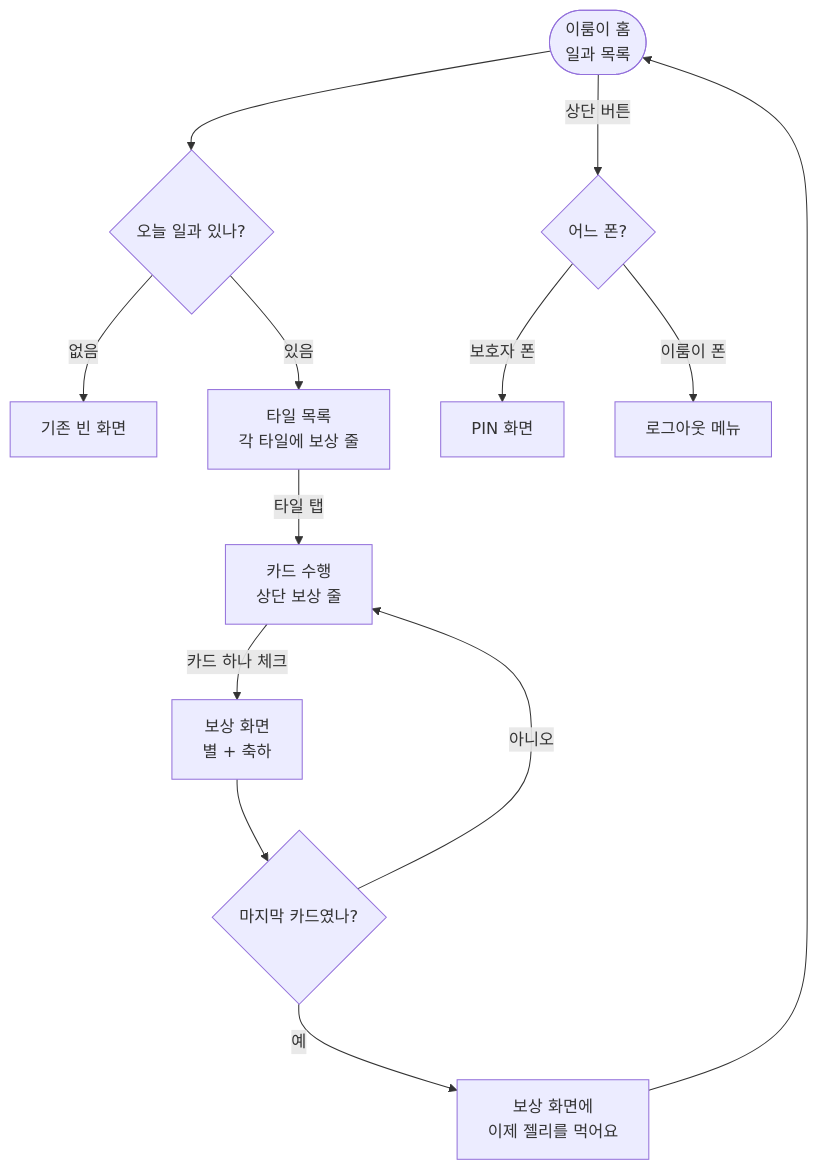
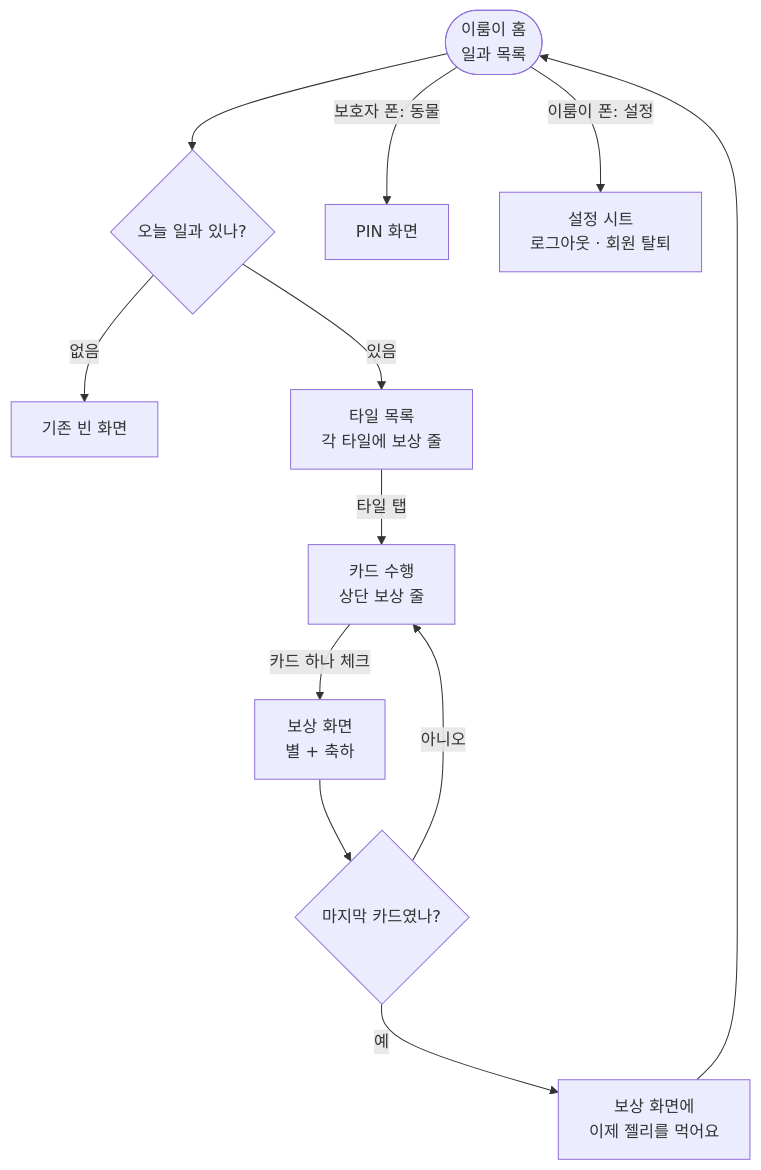
One commit to Twin-Fang/elum changed the third of 4 diagrams in docs/superpowers/specs/2026-09-18-화면-전체명세.md. Above: the diagram before and after it, drawn with Mermaid. The commit also changed other lines of this file, not shown here.

First line of the commit message:
이룸이 폰 : docs : 별 왼쪽에 설정 아이콘을 두고 보호자 쪽에 연결 끊기를 추가

````diff
--- a/docs/superpowers/specs/2026-09-18-화면-전체명세.md
+++ b/docs/superpowers/specs/2026-09-18-화면-전체명세.md
@@ -213,15 +213,14 @@
 ```mermaid
 flowchart TD
     A([이룸이 홈<br/>일과 목록]) --> B{오늘 일과 있나?}
     B -->|없음| C[기존 빈 화면]
     B -->|있음| D[타일 목록<br/>각 타일에 보상 줄]
     D -->|타일 탭| F[카드 수행<br/>상단 보상 줄]
-    A -->|상단 버튼| L{어느 폰?}
-    L -->|보호자 폰| M[PIN 화면]
-    L -->|이룸이 폰| N[로그아웃 메뉴]
+    A -->|보호자 폰: 동물| M[PIN 화면]
+    A -->|이룸이 폰: 설정| N[설정 시트<br/>로그아웃 · 회원 탈퇴]
     F -->|카드 하나 체크| H[보상 화면<br/>별 + 축하]
     H --> G{마지막 카드였나?}
     G -->|아니오| F
     G -->|예| I[보상 화면에<br/>이제 젤리를 먹어요]
     I --> A
 ```
````
